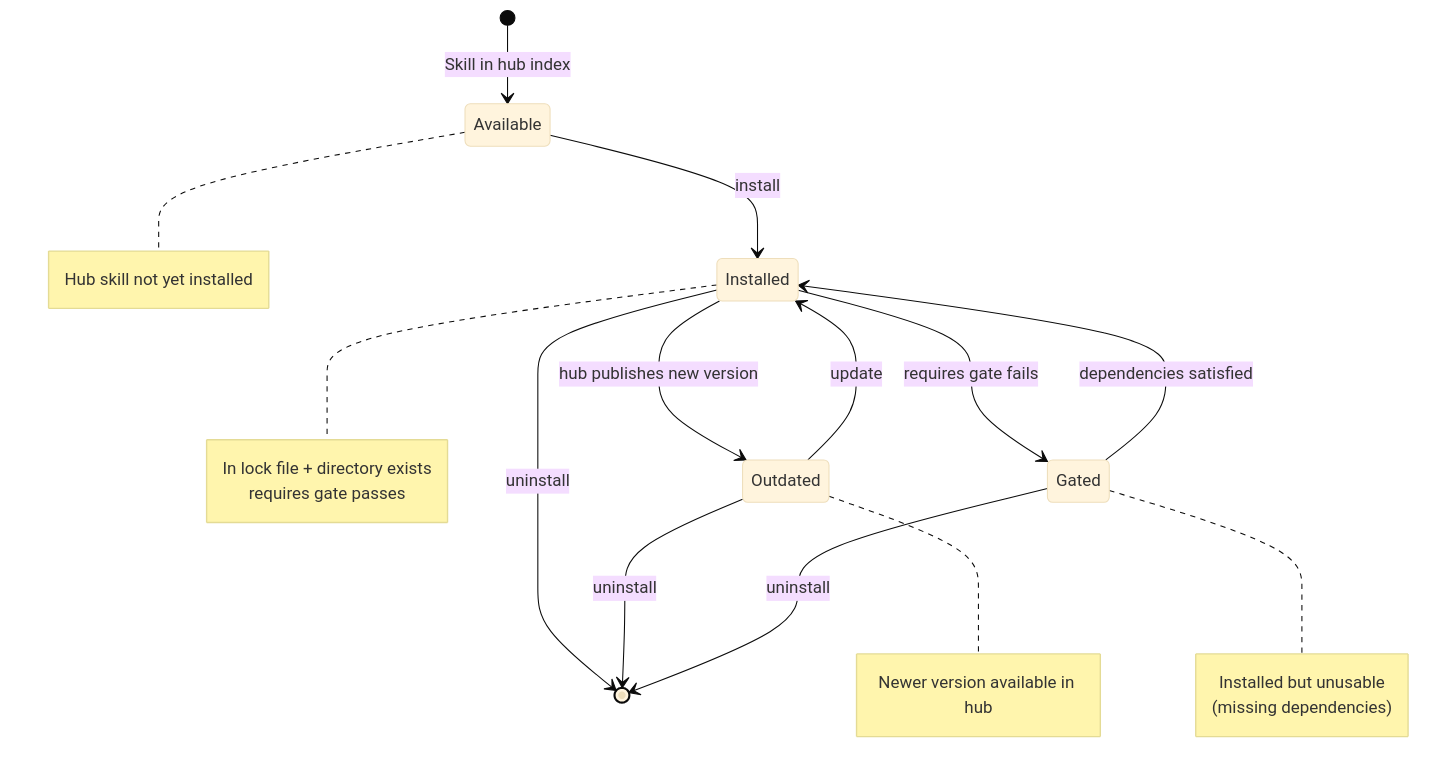
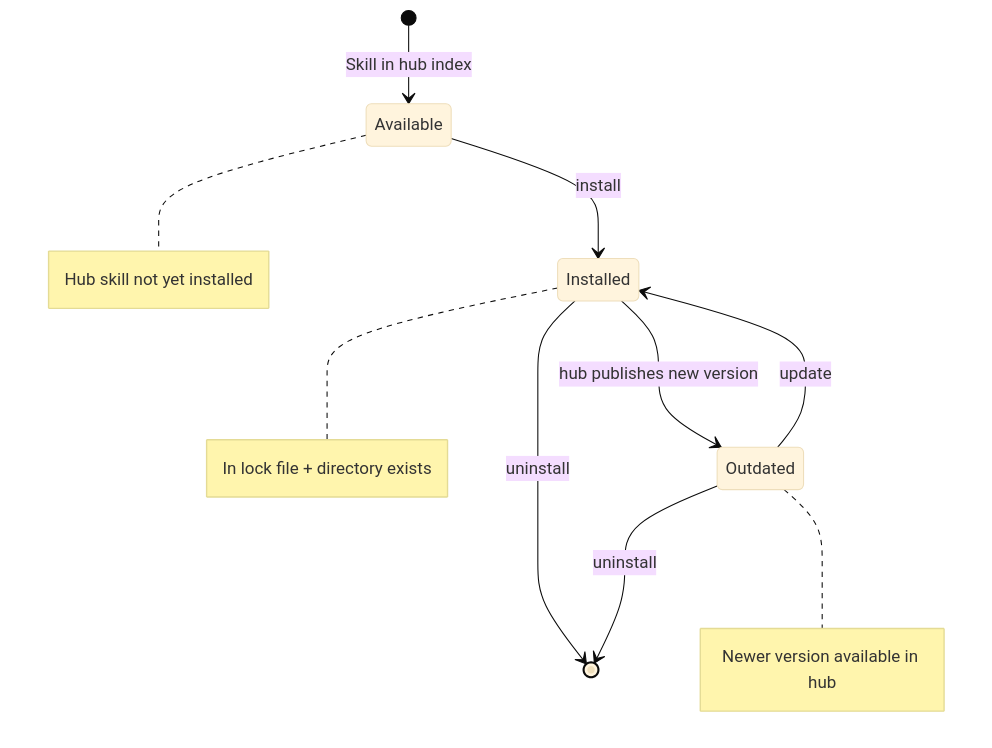
One commit to geronimo-iia/agent-foundation changed the diagram in skills/lifecycle.md. Above: the diagram before and after it, drawn with Mermaid (base theme). The commit also changed other lines of this file and 13 other files, not shown here.

First line of the commit message:
docs: simplify skill specs and add schema documentation

````diff
--- a/skills/lifecycle.md
+++ b/skills/lifecycle.md
@@ -32,30 +31,21 @@
 ```mermaid
 stateDiagram-v2
     [*] --> Available: Skill in hub index
     Available --> Installed: install
     Installed --> Outdated: hub publishes new version
     Outdated --> Installed: update
-    Installed --> Gated: requires gate fails
-    Gated --> Installed: dependencies satisfied
     Installed --> [*]: uninstall
     Outdated --> [*]: uninstall
-    Gated --> [*]: uninstall
     
     note right of Available
         Hub skill not yet installed
     end note
     
     note right of Installed
         In lock file + directory exists
-        requires gate passes
     end note
     
     note right of Outdated
         Newer version available in hub
     end note
-    
-    note right of Gated
-        Installed but unusable
-        (missing dependencies)
-    end note
 ```
````
